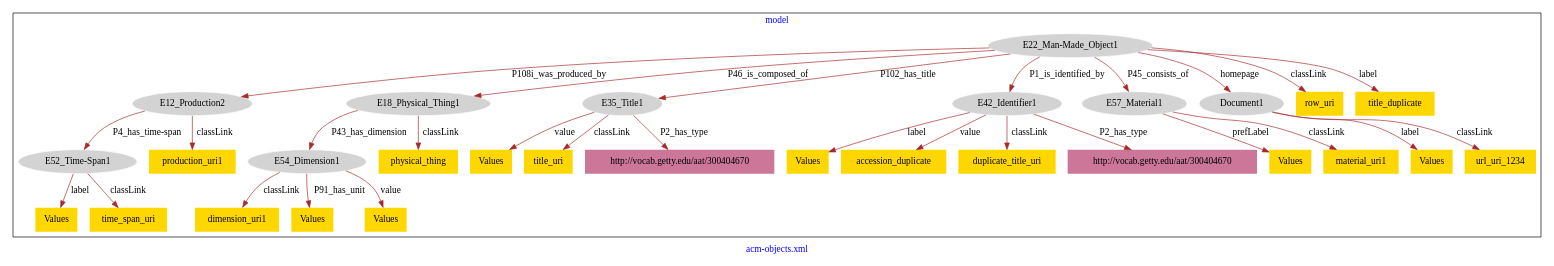
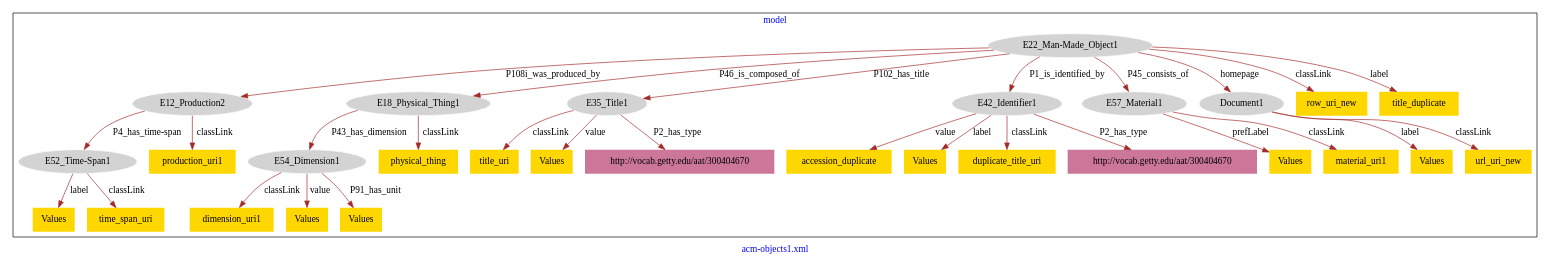
One commit to american-art/acm changed the diagram in acm-objects/acm-objects-model.dot. Above: the diagram before and after it, drawn with Graphviz.

Commit message:
Update file acm-objects-model.dot

```diff
--- a/acm-objects/acm-objects-model.dot
+++ b/acm-objects/acm-objects-model.dot
@@ -1,65 +1,65 @@
 digraph n0 {
 fontcolor="blue"
 remincross="true"
-label="acm-objects.xml"
+label="acm-objects1.xml"
 subgraph cluster {
 label="model"
 n2[style="filled",color="white",fillcolor="lightgray",label="E12_Production2"];
 n3[style="filled",color="white",fillcolor="lightgray",label="E52_Time-Span1"];
 n4[style="filled",color="white",fillcolor="lightgray",label="E18_Physical_Thing1"];
 n5[style="filled",color="white",fillcolor="lightgray",label="E54_Dimension1"];
 n6[style="filled",color="white",fillcolor="lightgray",label="E22_Man-Made_Object1"];
 n7[style="filled",color="white",fillcolor="lightgray",label="E35_Title1"];
 n8[style="filled",color="white",fillcolor="lightgray",label="E42_Identifier1"];
 n9[style="filled",color="white",fillcolor="lightgray",label="E57_Material1"];
 n10[style="filled",color="white",fillcolor="lightgray",label="Document1"];
-n11[shape="plaintext",style="filled",fillcolor="gold",label="physical_thing"];
-n12[shape="plaintext",style="filled",fillcolor="gold",label="Values"];
-n13[shape="plaintext",style="filled",fillcolor="gold",label="Values"];
+n11[shape="plaintext",style="filled",fillcolor="gold",label="accession_duplicate"];
+n12[shape="plaintext",style="filled",fillcolor="gold",label="dimension_uri1"];
+n13[shape="plaintext",style="filled",fillcolor="gold",label="physical_thing"];
 n14[shape="plaintext",style="filled",fillcolor="gold",label="Values"];
-n15[shape="plaintext",style="filled",fillcolor="gold",label="accession_duplicate"];
+n15[shape="plaintext",style="filled",fillcolor="gold",label="row_uri_new"];
 n16[shape="plaintext",style="filled",fillcolor="gold",label="Values"];
-n17[shape="plaintext",style="filled",fillcolor="gold",label="dimension_uri1"];
+n17[shape="plaintext",style="filled",fillcolor="gold",label="title_uri"];
 n18[shape="plaintext",style="filled",fillcolor="gold",label="Values"];
-n19[shape="plaintext",style="filled",fillcolor="gold",label="duplicate_title_uri"];
+n19[shape="plaintext",style="filled",fillcolor="gold",label="Values"];
 n20[shape="plaintext",style="filled",fillcolor="gold",label="Values"];
-n21[shape="plaintext",style="filled",fillcolor="gold",label="url_uri_1234"];
-n22[shape="plaintext",style="filled",fillcolor="gold",label="row_uri"];
-n23[shape="plaintext",style="filled",fillcolor="gold",label="production_uri1"];
-n24[shape="plaintext",style="filled",fillcolor="gold",label="material_uri1"];
-n25[shape="plaintext",style="filled",fillcolor="gold",label="time_span_uri"];
-n26[shape="plaintext",style="filled",fillcolor="gold",label="Values"];
-n27[shape="plaintext",style="filled",fillcolor="gold",label="title_uri"];
-n28[shape="plaintext",style="filled",fillcolor="gold",label="title_duplicate"];
+n21[shape="plaintext",style="filled",fillcolor="gold",label="Values"];
+n22[shape="plaintext",style="filled",fillcolor="gold",label="url_uri_new"];
+n23[shape="plaintext",style="filled",fillcolor="gold",label="Values"];
+n24[shape="plaintext",style="filled",fillcolor="gold",label="title_duplicate"];
+n25[shape="plaintext",style="filled",fillcolor="gold",label="production_uri1"];
+n26[shape="plaintext",style="filled",fillcolor="gold",label="time_span_uri"];
+n27[shape="plaintext",style="filled",fillcolor="gold",label="duplicate_title_uri"];
+n28[shape="plaintext",style="filled",fillcolor="gold",label="material_uri1"];
 n29[shape="plaintext",style="filled",fillcolor="#CC7799",label="http://vocab.getty.edu/aat/300404670"];
 n30[shape="plaintext",style="filled",fillcolor="#CC7799",label="http://vocab.getty.edu/aat/300404670"];
 }
 n2 -> n3[color="brown",fontcolor="black",label="P4_has_time-span"]
 n4 -> n5[color="brown",fontcolor="black",label="P43_has_dimension"]
 n6 -> n2[color="brown",fontcolor="black",label="P108i_was_produced_by"]
 n6 -> n4[color="brown",fontcolor="black",label="P46_is_composed_of"]
 n6 -> n7[color="brown",fontcolor="black",label="P102_has_title"]
 n6 -> n8[color="brown",fontcolor="black",label="P1_is_identified_by"]
 n6 -> n9[color="brown",fontcolor="black",label="P45_consists_of"]
 n6 -> n10[color="brown",fontcolor="black",label="homepage"]
-n4 -> n11[color="brown",fontcolor="black",label="classLink"]
-n8 -> n12[color="brown",fontcolor="black",label="label"]
-n7 -> n13[color="brown",fontcolor="black",label="value"]
-n3 -> n14[color="brown",fontcolor="black",label="label"]
-n8 -> n15[color="brown",fontcolor="black",label="value"]
+n8 -> n11[color="brown",fontcolor="black",label="value"]
+n5 -> n12[color="brown",fontcolor="black",label="classLink"]
+n4 -> n13[color="brown",fontcolor="black",label="classLink"]
+n5 -> n14[color="brown",fontcolor="black",label="value"]
+n6 -> n15[color="brown",fontcolor="black",label="classLink"]
 n10 -> n16[color="brown",fontcolor="black",label="label"]
-n5 -> n17[color="brown",fontcolor="black",label="classLink"]
-n5 -> n18[color="brown",fontcolor="black",label="P91_has_unit"]
-n8 -> n19[color="brown",fontcolor="black",label="classLink"]
-n9 -> n20[color="brown",fontcolor="black",label="prefLabel"]
-n10 -> n21[color="brown",fontcolor="black",label="classLink"]
-n6 -> n22[color="brown",fontcolor="black",label="classLink"]
-n2 -> n23[color="brown",fontcolor="black",label="classLink"]
-n9 -> n24[color="brown",fontcolor="black",label="classLink"]
-n3 -> n25[color="brown",fontcolor="black",label="classLink"]
-n5 -> n26[color="brown",fontcolor="black",label="value"]
-n7 -> n27[color="brown",fontcolor="black",label="classLink"]
-n6 -> n28[color="brown",fontcolor="black",label="label"]
+n7 -> n17[color="brown",fontcolor="black",label="classLink"]
+n7 -> n18[color="brown",fontcolor="black",label="value"]
+n3 -> n19[color="brown",fontcolor="black",label="label"]
+n8 -> n20[color="brown",fontcolor="black",label="label"]
+n9 -> n21[color="brown",fontcolor="black",label="prefLabel"]
+n10 -> n22[color="brown",fontcolor="black",label="classLink"]
+n5 -> n23[color="brown",fontcolor="black",label="P91_has_unit"]
+n6 -> n24[color="brown",fontcolor="black",label="label"]
+n2 -> n25[color="brown",fontcolor="black",label="classLink"]
+n3 -> n26[color="brown",fontcolor="black",label="classLink"]
+n8 -> n27[color="brown",fontcolor="black",label="classLink"]
+n9 -> n28[color="brown",fontcolor="black",label="classLink"]
 n7 -> n29[color="brown",fontcolor="black",label="P2_has_type"]
 n8 -> n30[color="brown",fontcolor="black",label="P2_has_type"]
 }
```
